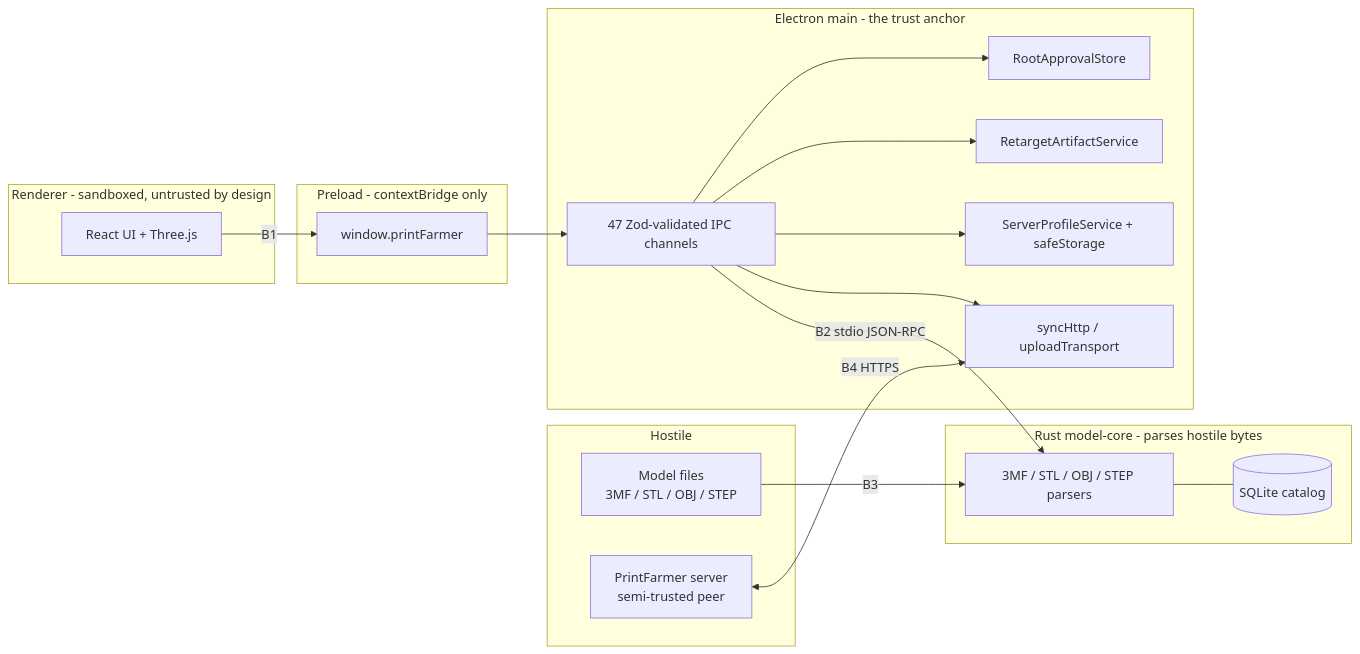
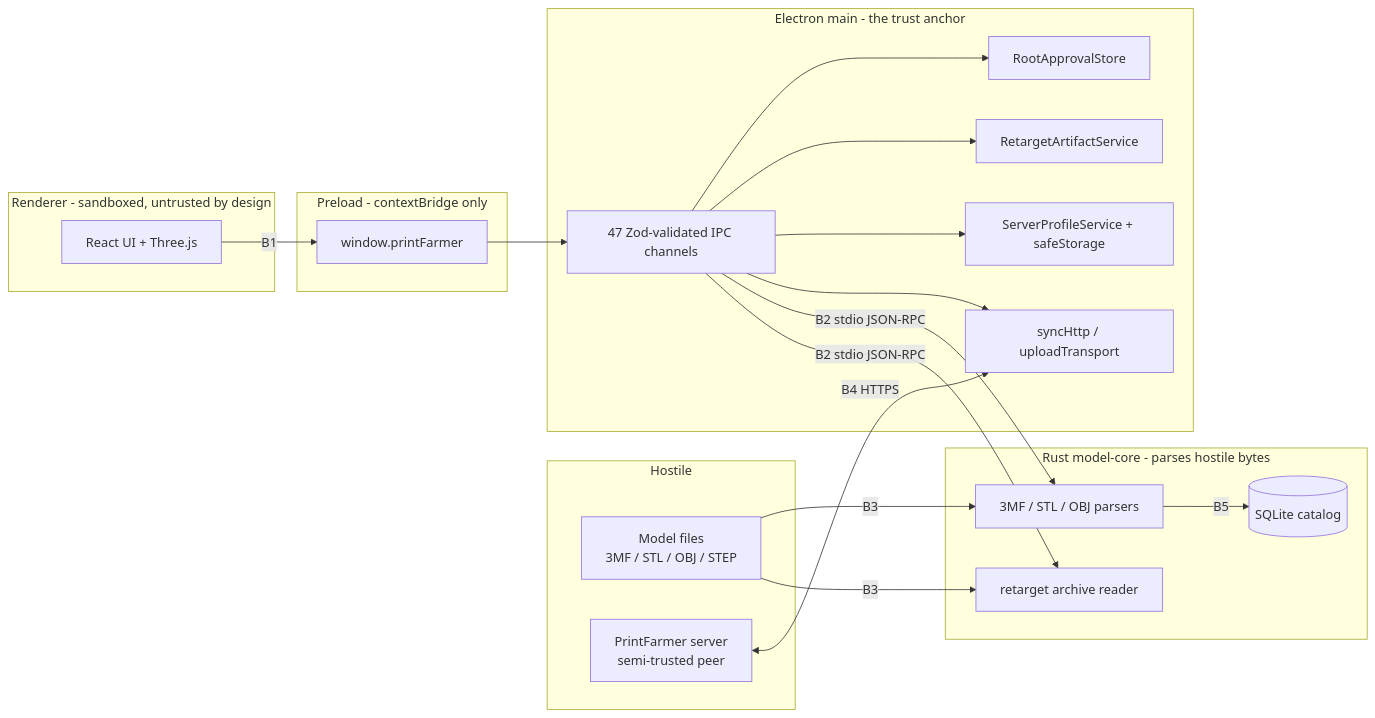
One commit to OlyForge3D/PrintFarmerDesktop changed the diagram in docs/security/THREAT_MODEL.md. Above: the diagram before and after it, drawn with Mermaid. The commit also changed other lines of this file, not shown here.

First line of the commit message:
docs(security): model the second archive reader and the catalog

````diff
--- a/docs/security/THREAT_MODEL.md
+++ b/docs/security/THREAT_MODEL.md
@@ -44,35 +45,37 @@
 ```mermaid
 flowchart LR
     subgraph Hostile
       MF[Model files<br/>3MF / STL / OBJ / STEP]
       SRV[PrintFarmer server<br/>semi-trusted peer]
     end
 
     subgraph Renderer["Renderer - sandboxed, untrusted by design"]
       R[React UI + Three.js]
     end
 
     subgraph Preload["Preload - contextBridge only"]
       P[window.printFarmer]
     end
 
     subgraph Main["Electron main - the trust anchor"]
       IPC[47 Zod-validated IPC channels]
       APV[RootApprovalStore]
       ART[RetargetArtifactService]
       CRED[ServerProfileService + safeStorage]
       NET[syncHttp / uploadTransport]
     end
 
     subgraph Sidecar["Rust model-core - parses hostile bytes"]
-      PARSE[3MF / STL / OBJ / STEP parsers]
+      PARSE[3MF / STL / OBJ parsers]
+      RTG[retarget archive reader]
       DB[(SQLite catalog)]
     end
 
     R -->|B1| P --> IPC
     IPC --> APV & ART & CRED & NET
-    IPC -->|B2 stdio JSON-RPC| PARSE
+    IPC -->|B2 stdio JSON-RPC| PARSE & RTG
     MF -->|B3| PARSE
+    MF -->|B3| RTG
     SRV <-->|B4 HTTPS| NET
-    PARSE --- DB
+    PARSE -->|B5| DB
 ```
````
